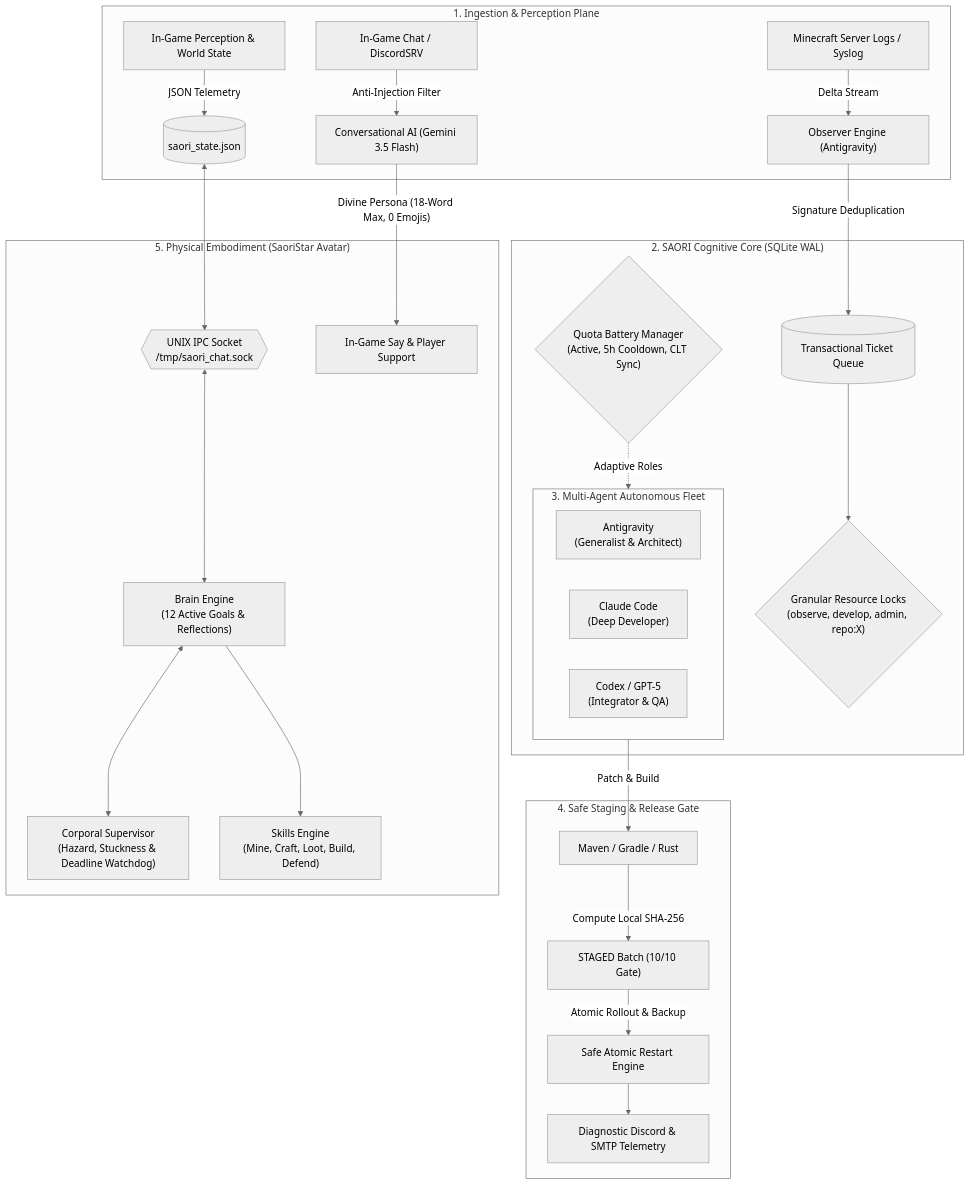
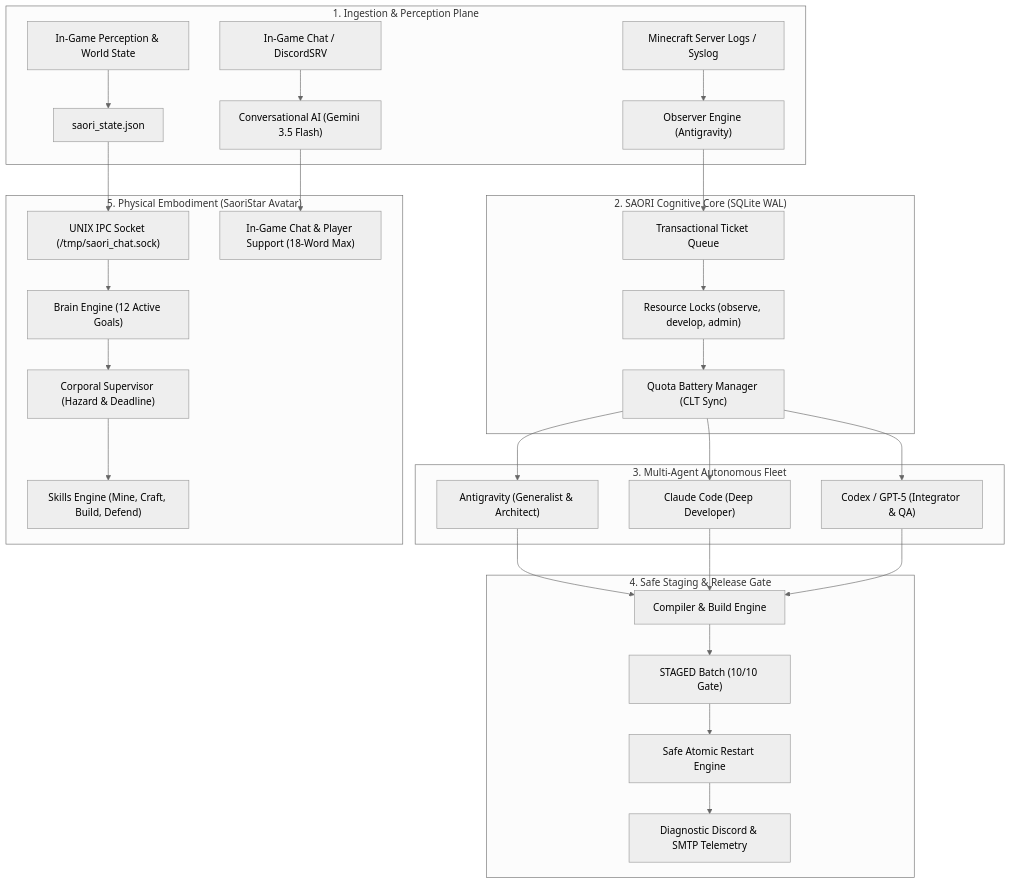
One commit to JackStar6677-1/saori changed the diagram in README.md. Above: the diagram before and after it, drawn with Mermaid (neutral theme).

Commit message:
fix(readme): fix mermaid flowchart syntax to ensure 100% GitHub render compatibility

````diff
--- a/README.md
+++ b/README.md
@@ -38,35 +38,37 @@
 ```mermaid
-flowchart TD
-    subgraph PERCEPTION["1. Ingestion & Perception Plane"]
-        LOGS["Minecraft Server Logs / Syslog"] -->|Delta Stream| OBS["Observer Engine (Antigravity)"]
-        GAME_PERC["In-Game Perception & World State"] -->|JSON Telemetry| STATE_STORE[("saori_state.json")]
-        CHAT_IN["In-Game Chat / DiscordSRV"] -->|Anti-Injection Filter| CHAT_SRV["Conversational AI (Gemini 3.5 Flash)"]
+graph TD
+    subgraph S1["1. Ingestion & Perception Plane"]
+        LOGS["Minecraft Server Logs / Syslog"] --> OBS["Observer Engine (Antigravity)"]
+        GAME_PERC["In-Game Perception & World State"] --> STATE_STORE["saori_state.json"]
+        CHAT_IN["In-Game Chat / DiscordSRV"] --> CHAT_SRV["Conversational AI (Gemini 3.5 Flash)"]
     end
 
-    subgraph CORE["2. SAORI Cognitive Core (SQLite WAL)"]
-        OBS -->|Signature Deduplication| QUEUE[("Transactional Ticket Queue")]
-        QUEUE --> LOCKS{"Granular Resource Locks\n(observe, develop, admin, repo:X)"}
-        BATTERY{"Quota Battery Manager\n(Active, 5h Cooldown, CLT Sync)"} -.->|Adaptive Roles| FLEET
+    subgraph S2["2. SAORI Cognitive Core (SQLite WAL)"]
+        OBS --> QUEUE["Transactional Ticket Queue"]
+        QUEUE --> LOCKS["Resource Locks (observe, develop, admin)"]
+        LOCKS --> BATTERY["Quota Battery Manager (CLT Sync)"]
     end
 
-    subgraph FLEET["3. Multi-Agent Autonomous Fleet"]
-        AG_AGENT["Antigravity\n(Generalist & Architect)"]
-        CL_AGENT["Claude Code\n(Deep Developer)"]
-        CX_AGENT["Codex / GPT-5\n(Integrator & QA)"]
+    subgraph S3["3. Multi-Agent Autonomous Fleet"]
+        BATTERY --> AG_AGENT["Antigravity (Generalist & Architect)"]
+        BATTERY --> CL_AGENT["Claude Code (Deep Developer)"]
+        BATTERY --> CX_AGENT["Codex / GPT-5 (Integrator & QA)"]
     end
 
-    subgraph DEPLOY["4. Safe Staging & Release Gate"]
-        FLEET -->|Patch & Build| MAVEN["Maven / Gradle / Rust"]
-        MAVEN -->|Compute Local SHA-256| STAGED["STAGED Batch (10/10 Gate)"]
-        STAGED -->|Atomic Rollout & Backup| RESTART["Safe Atomic Restart Engine"]
+    subgraph S4["4. Safe Staging & Release Gate"]
+        AG_AGENT --> MAVEN["Compiler & Build Engine"]
+        CL_AGENT --> MAVEN
+        CX_AGENT --> MAVEN
+        MAVEN --> STAGED["STAGED Batch (10/10 Gate)"]
+        STAGED --> RESTART["Safe Atomic Restart Engine"]
         RESTART --> NOTIF["Diagnostic Discord & SMTP Telemetry"]
     end
 
-    subgraph AVATAR["5. Physical Embodiment (SaoriStar Avatar)"]
-        STATE_STORE <--> IPC_SOCK{{"UNIX IPC Socket\n/tmp/saori_chat.sock"}}
-        IPC_SOCK <--> BRAIN["Brain Engine\n(12 Active Goals & Reflections)"]
-        BRAIN <--> SUPERVISOR["Corporal Supervisor\n(Hazard, Stuckness & Deadline Watchdog)"]
-        BRAIN --> SKILLS["Skills Engine\n(Mine, Craft, Loot, Build, Defend)"]
-        CHAT_SRV -->|"Divine Persona (18-Word Max, 0 Emojis)"| INGAME_CHAT["In-Game Say & Player Support"]
+    subgraph S5["5. Physical Embodiment (SaoriStar Avatar)"]
+        STATE_STORE --> IPC_SOCK["UNIX IPC Socket (/tmp/saori_chat.sock)"]
+        IPC_SOCK --> BRAIN["Brain Engine (12 Active Goals)"]
+        BRAIN --> SUPERVISOR["Corporal Supervisor (Hazard & Deadline)"]
+        SUPERVISOR --> SKILLS["Skills Engine (Mine, Craft, Build, Defend)"]
+        CHAT_SRV --> INGAME_CHAT["In-Game Chat & Player Support (18-Word Max)"]
     end
 ```
````
